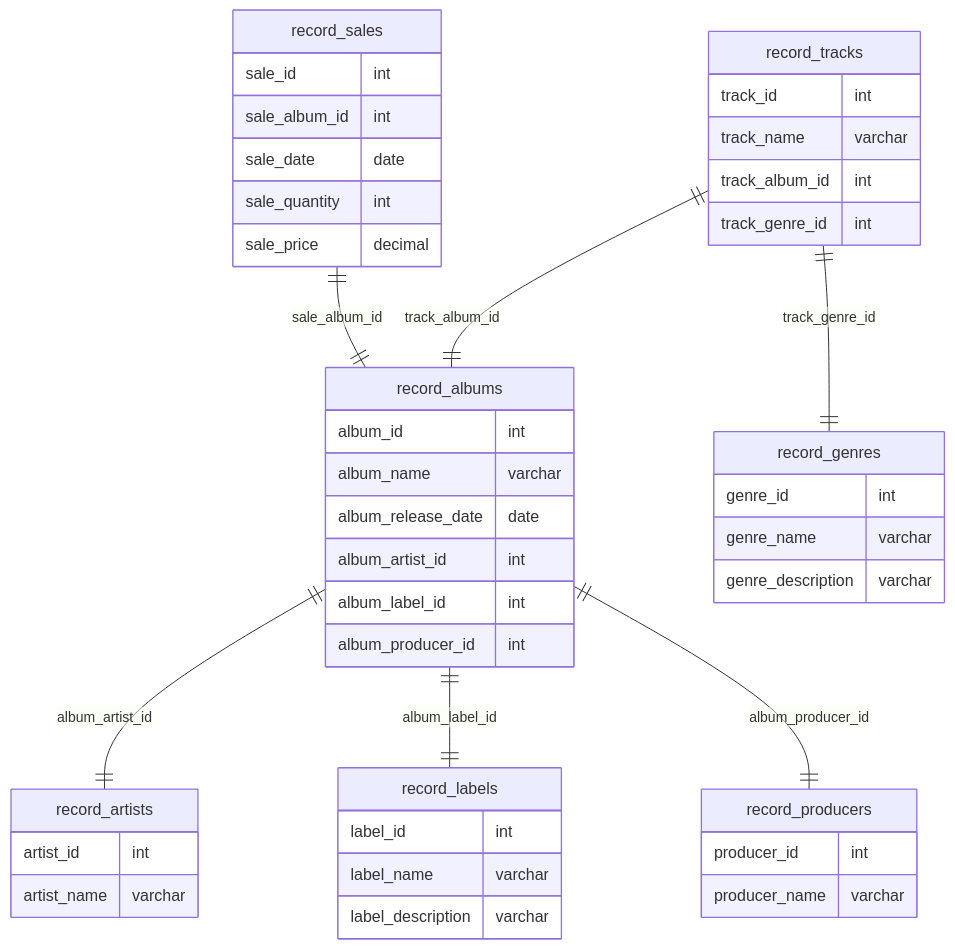
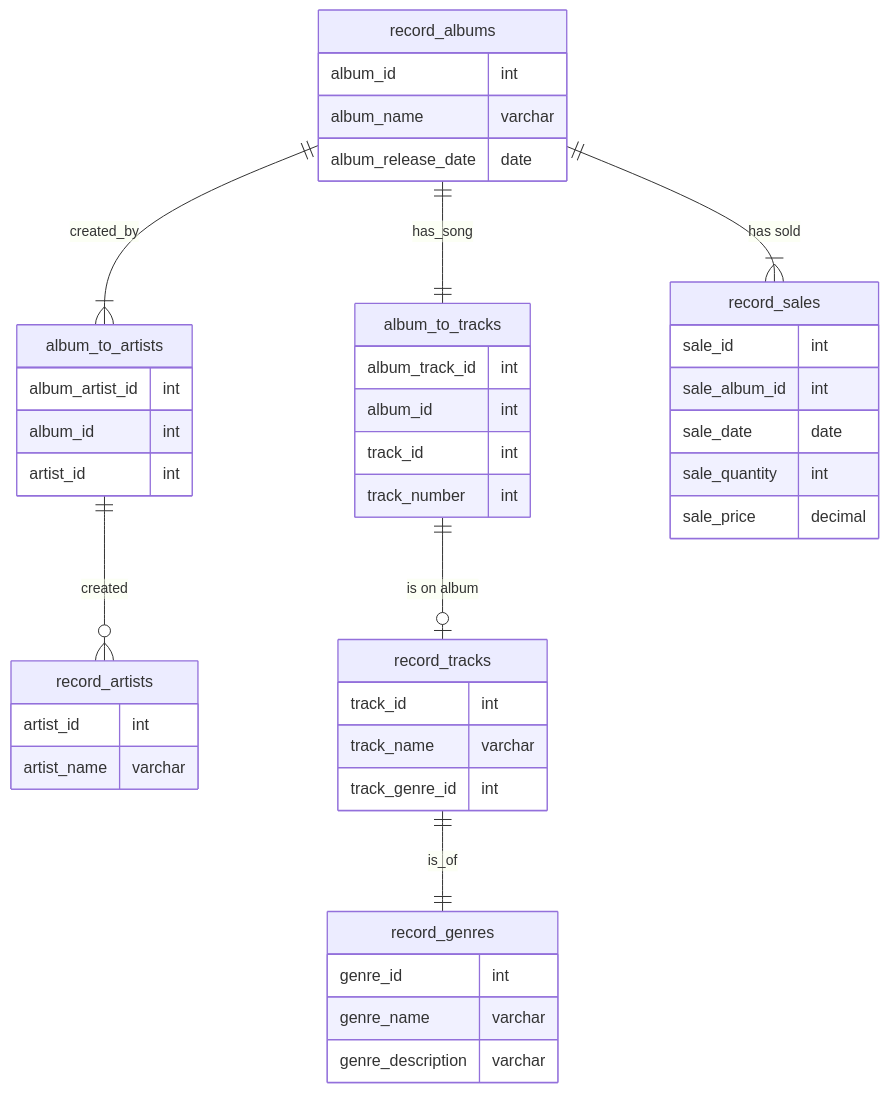
One commit to nmaiorana/CS-GY_6083_principles_of_database_systems changed the diagram in project/CS-GY6083_Project.md. Above: the diagram before and after it, drawn with Mermaid. The commit also changed other lines of this file, not shown here.

````diff
--- a/project/CS-GY6083_Project.md
+++ b/project/CS-GY6083_Project.md
@@ -74,48 +72,48 @@
 ```mermaid
 erDiagram
     record_albums {
         album_id int
         album_name varchar
         album_release_date date
-        album_artist_id int
-        album_label_id int
-        album_producer_id int
     }
     record_artists {
         artist_id int
         artist_name varchar
     }
     record_tracks {
         track_id int
         track_name varchar
-        track_album_id int
         track_genre_id int
     }
     record_genres {
         genre_id int
         genre_name varchar
         genre_description varchar
     }
-    record_labels {
-        label_id int
-        label_name varchar
-        label_description varchar
+    album_to_artists {
+        album_artist_id int
+        album_id int
+        artist_id int
     }
-    record_producers {
-        producer_id int
-        producer_name varchar
+    album_to_tracks {
+        album_track_id int
+        album_id int
+        track_id int
+        track_number int
     }
     record_sales {
         sale_id int
         sale_album_id int
         sale_date date
         sale_quantity int
         sale_price decimal
     }
-    record_albums ||--|| record_artists : "album_artist_id"
-    record_albums ||--|| record_labels : "album_label_id"
-    record_albums ||--|| record_producers : "album_producer_id"
-    record_tracks ||--|| record_albums : "track_album_id"
-    record_tracks ||--|| record_genres : "track_genre_id"
-    record_sales ||--|| record_albums : "sale_album_id"
+
+    record_albums ||--|{ album_to_artists : "created_by"
+    album_to_artists ||--o{ record_artists : "created"
+    record_albums ||--|| album_to_tracks : "has_song"
+    album_to_tracks ||--o| record_tracks : "is on album"
+    record_tracks ||--|| record_genres : "is_of"
+    record_albums ||--|{ record_sales : "has sold"
+
 ```
````
